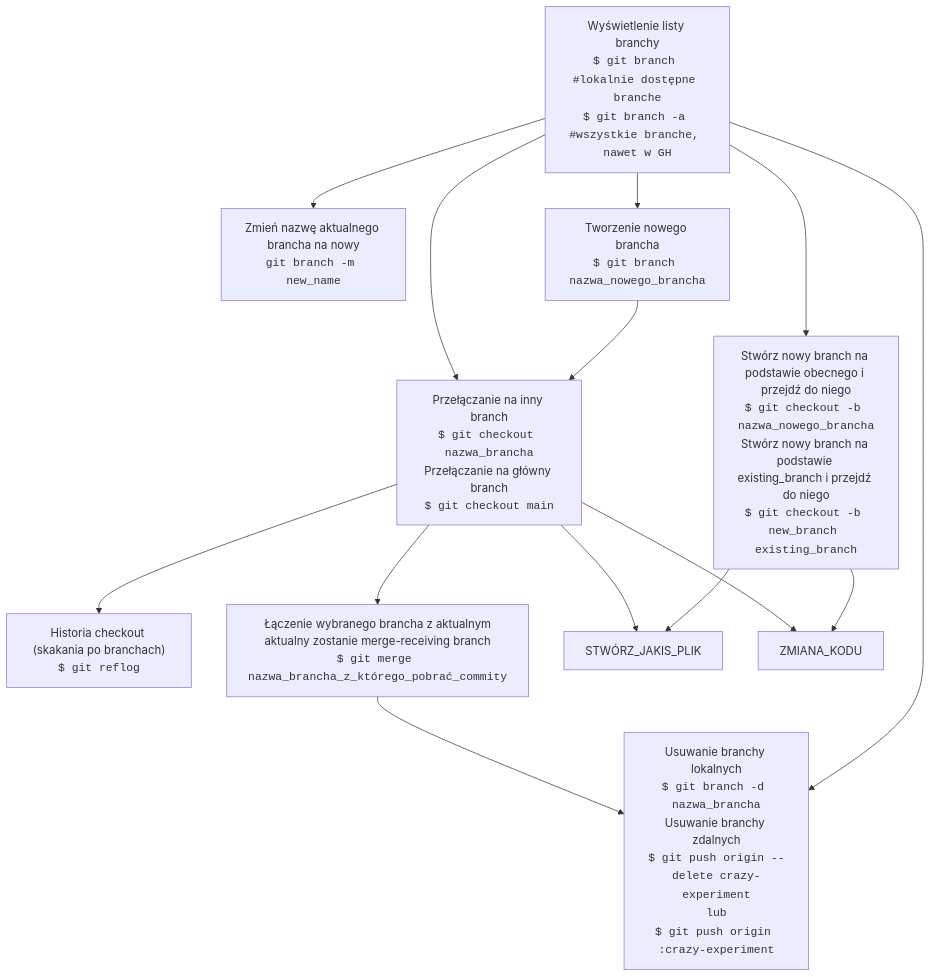
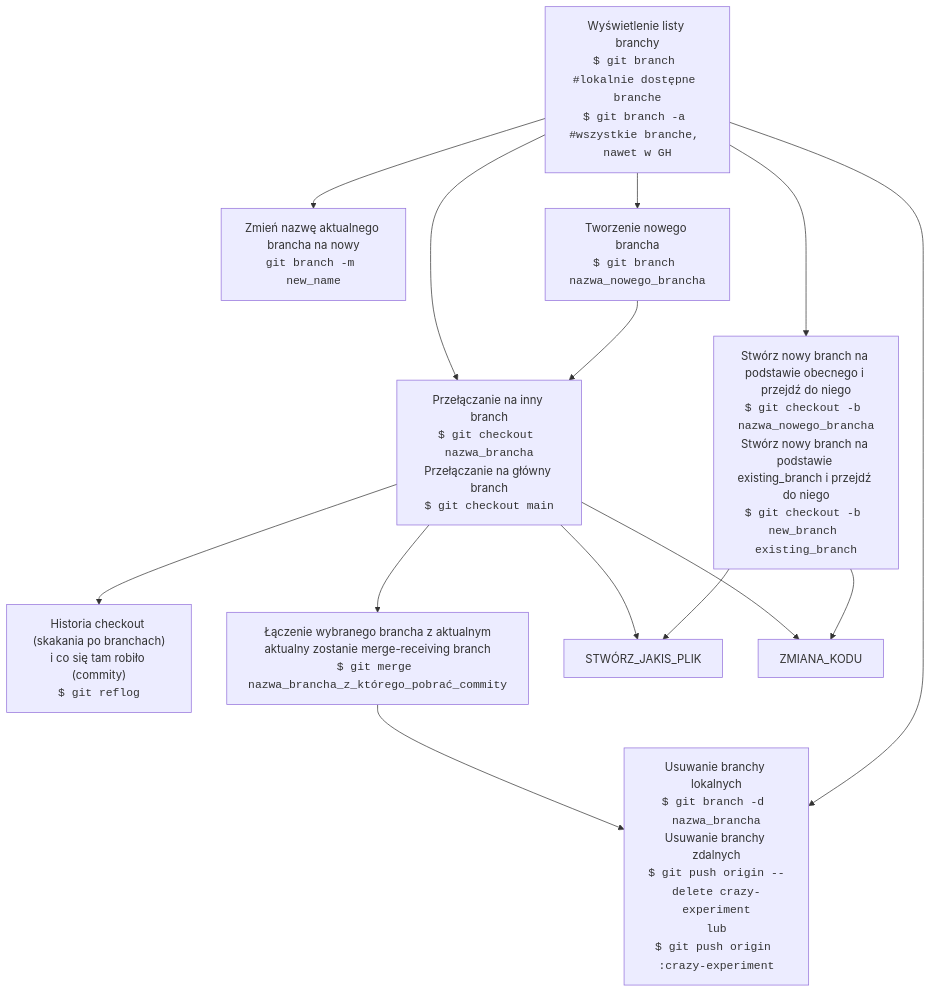
One commit to dankuc237/notatki changed the third of 3 diagrams in git-graph.md. Above: the diagram before and after it, drawn with Mermaid. The commit also changed 1 other file, not shown here.

Commit message:
merg new_branch i edycja daniel.txt

````diff
--- a/git-graph.md
+++ b/git-graph.md
@@ -63,25 +63,25 @@
 ```mermaid
 graph TB
         LIST_ALL_BRANCHES["Wyświetlenie listy branchy<br><code>$ git branch #lokalnie dostępne branche<br>$ git branch -a #wszystkie branche, nawet w GH</code>"]
         DELETE_BRANCH["Usuwanie branchy lokalnych<br><code>$ git branch -d nazwa_brancha</code><br>Usuwanie branchy zdalnych<br><code>$ git push origin --delete crazy-experiment<br>lub<br>$ git push origin :crazy-experiment</code>"]
         RENAME_BRANCH["Zmień nazwę aktualnego brancha na nowy<br><code>git branch -m new_name</code>"]
         CREATE_NEW_BRANCH["Tworzenie nowego brancha<br><code>$ git branch nazwa_nowego_brancha</code>"]
         CREATE_BRANCH_AND_SWITCH["Stwórz nowy branch na podstawie obecnego i przejdź do niego<br><code>$ git checkout -b nazwa_nowego_brancha</code><br>Stwórz nowy branch na podstawie existing_branch i przejdź do niego<br><code>$ git checkout -b new_branch existing_branch</code>"]
         SWITCH_BRANCH["Przełączanie na inny branch<br><code>$ git checkout nazwa_brancha</code><br>Przełączanie na główny branch<br><code>$ git checkout main</code>"]
-        PRINT_CHECKOUT_OPERATION_HISTORY["Historia checkout (skakania po branchach)<br><code>$ git reflog</code>"]
+        PRINT_CHECKOUT_OPERATION_HISTORY["Historia checkout (skakania po branchach)<br>i co się tam robiło (commity)<br><code>$ git reflog</code>"]
         MERGE_BRANCHES["Łączenie wybranego brancha z aktualnym<br>aktualny zostanie merge-receiving branch<br><code>$ git merge nazwa_brancha_z_którego_pobrać_commity</code>"]
         
         LIST_ALL_BRANCHES --> DELETE_BRANCH
         LIST_ALL_BRANCHES --> CREATE_NEW_BRANCH
         CREATE_NEW_BRANCH --> SWITCH_BRANCH
         SWITCH_BRANCH --> PRINT_CHECKOUT_OPERATION_HISTORY
         LIST_ALL_BRANCHES --> SWITCH_BRANCH
         SWITCH_BRANCH --> MERGE_BRANCHES
         MERGE_BRANCHES --> DELETE_BRANCH
         LIST_ALL_BRANCHES --> CREATE_BRANCH_AND_SWITCH
         LIST_ALL_BRANCHES --> RENAME_BRANCH
         CREATE_BRANCH_AND_SWITCH --> STWÓRZ_JAKIS_PLIK
         CREATE_BRANCH_AND_SWITCH --> ZMIANA_KODU
         SWITCH_BRANCH --> ZMIANA_KODU
         SWITCH_BRANCH --> STWÓRZ_JAKIS_PLIK
 ```
````
